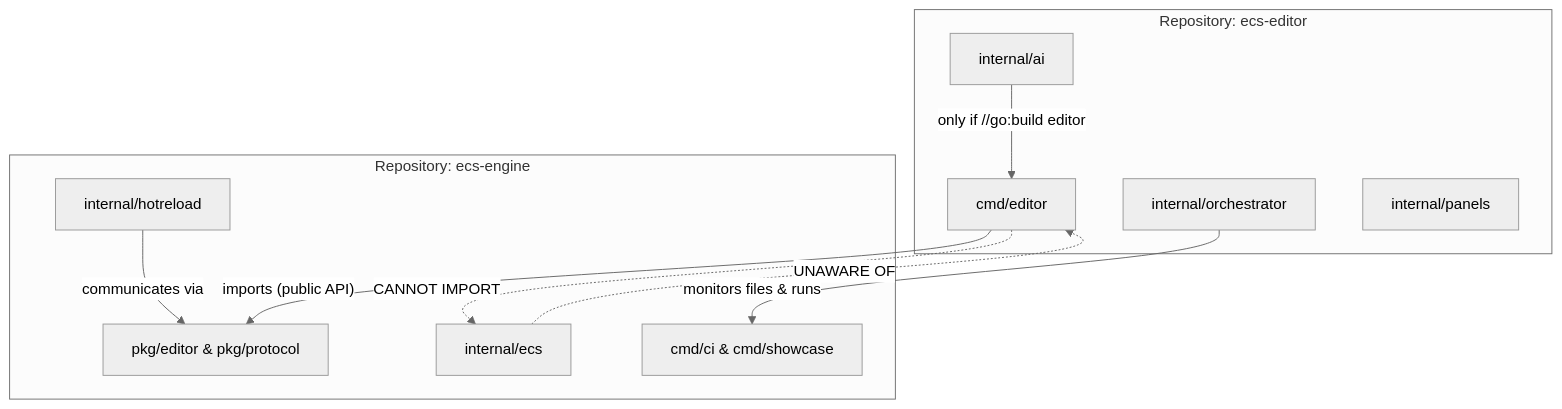
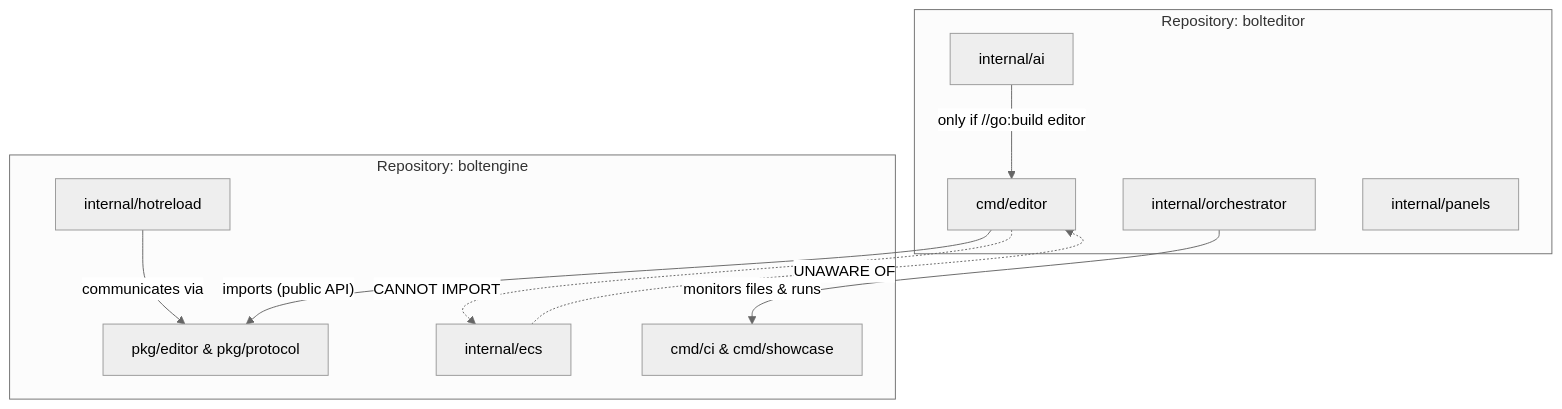
The diagram in CONTRIBUTING.md (teratron/ecs-editor), drawn with Mermaid (neutral theme) before and after one commit. The commit also changed other lines of this file and 10 other files, not shown here.

Commit message:
feat: add system design specifications for the ECS editor components and update project documentation

````diff
--- a/CONTRIBUTING.md
+++ b/CONTRIBUTING.md
@@ -9,26 +9,26 @@
 ```mermaid
 graph TD
-    subgraph "Repository: ecs-editor"
+    subgraph "Repository: bolteditor"
         ED_CMD[cmd/editor]
         ED_AI[internal/ai]
         ED_ORCH[internal/orchestrator]
         ED_UI[internal/panels]
     end
 
-    subgraph "Repository: ecs-engine"
+    subgraph "Repository: boltengine"
         ENG_CORE[internal/ecs]
         ENG_HOT[internal/hotreload]
         ENG_PKG[pkg/editor & pkg/protocol]
         ENG_CI[cmd/ci & cmd/showcase]
     end
 
     %% Dependency Rules
     ED_CMD -- "imports (public API)" --> ENG_PKG
     ED_ORCH -- "monitors files & runs" --> ENG_CI
     ED_AI -- "only if //go:build editor" --> ED_CMD
     ENG_HOT -- "communicates via" --> ENG_PKG
     
     %% Isolation
     ED_CMD -. "CANNOT IMPORT" .-> ENG_CORE
     ENG_CORE -. "UNAWARE OF" .-> ED_CMD
 ```
````
